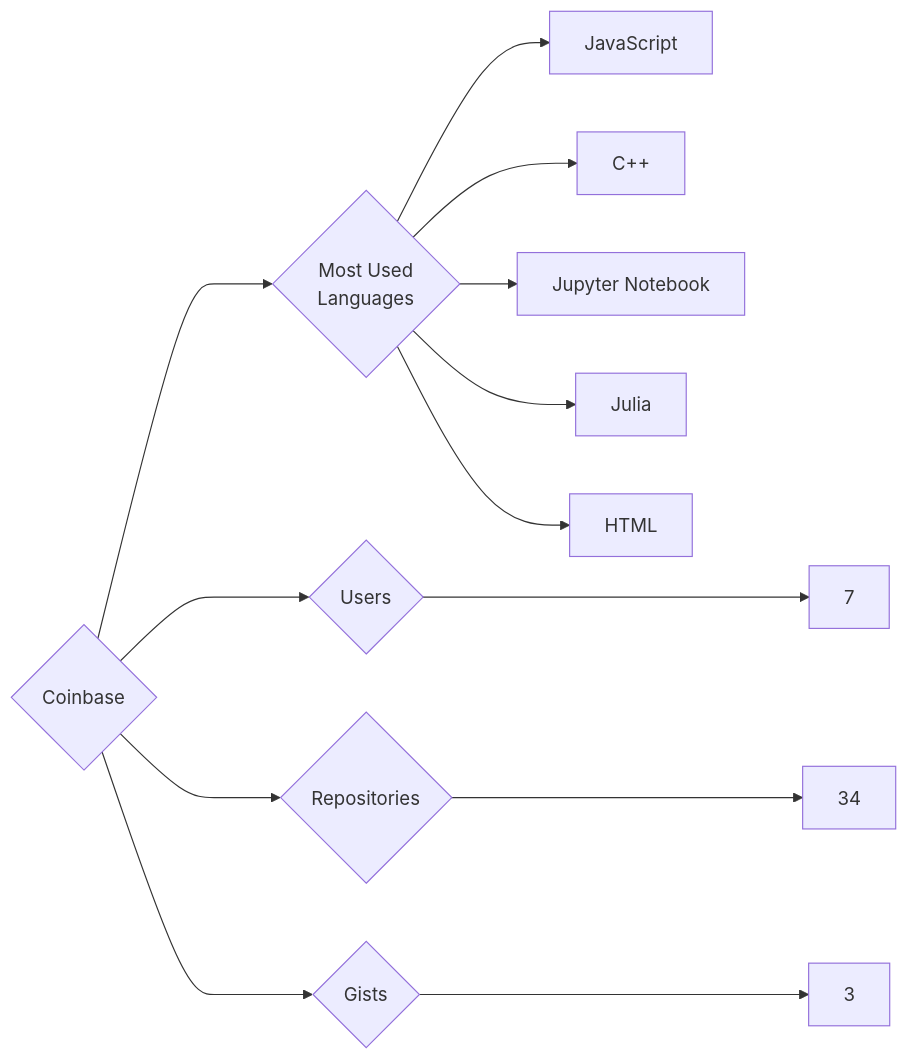
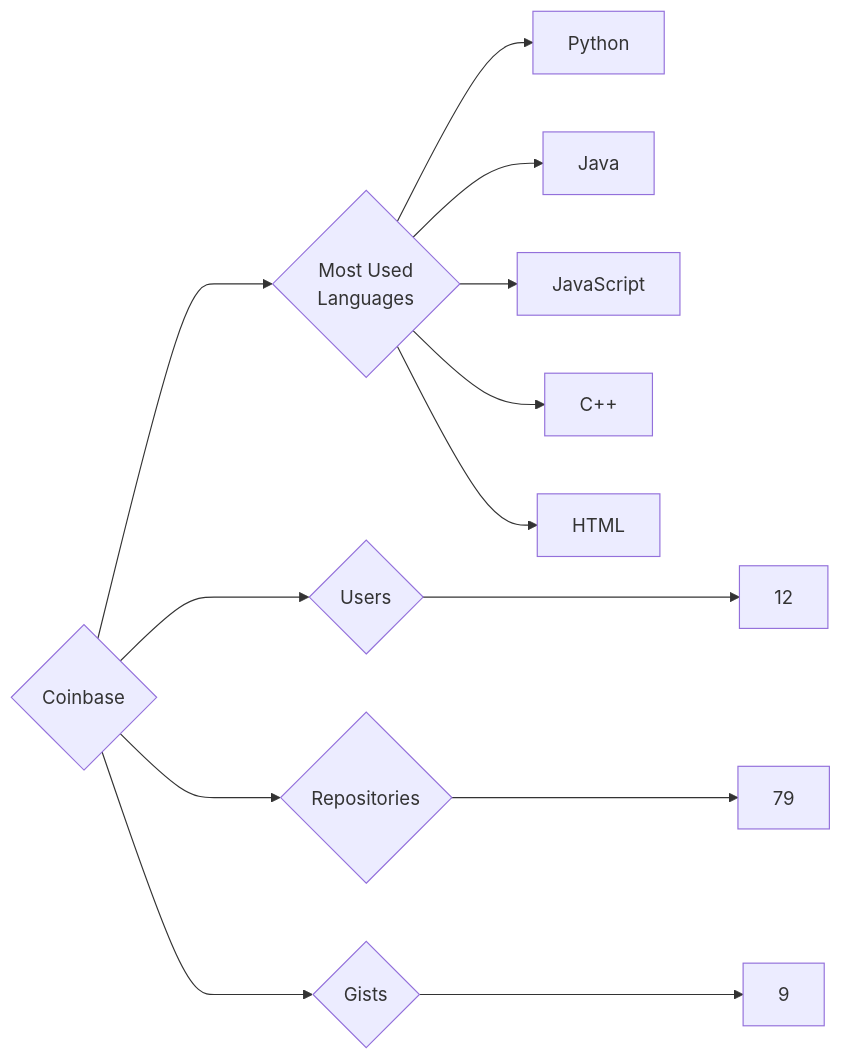
One commit to trickest/insiders changed the diagram in targets/Coinbase/README.md. Above: the diagram before and after it, drawn with Mermaid. The commit also changed 865 other files, not shown here.

````diff
--- a/targets/Coinbase/README.md
+++ b/targets/Coinbase/README.md
@@ -3,13 +3,13 @@
 ```mermaid
 graph LR
 COMPANY_NAME{Coinbase}
-COMPANY_NAME ---> U{Users} ---> UN[7]
-COMPANY_NAME ---> R{Repositories} ---> RN[34]
-COMPANY_NAME ---> G{Gists} ---> GN[3]
+COMPANY_NAME ---> U{Users} ---> UN[12]
+COMPANY_NAME ---> R{Repositories} ---> RN[79]
+COMPANY_NAME ---> G{Gists} ---> GN[9]
 COMPANY_NAME ---> ML{Most Used<br>Languages}
+ML --> Python[Python]
+ML --> Java[Java]
 ML --> JavaScript[JavaScript]
 ML --> C++[C++]
-ML --> Jupyter_Notebook[Jupyter Notebook]
-ML --> Julia[Julia]
 ML --> HTML[HTML]
 ```
````
